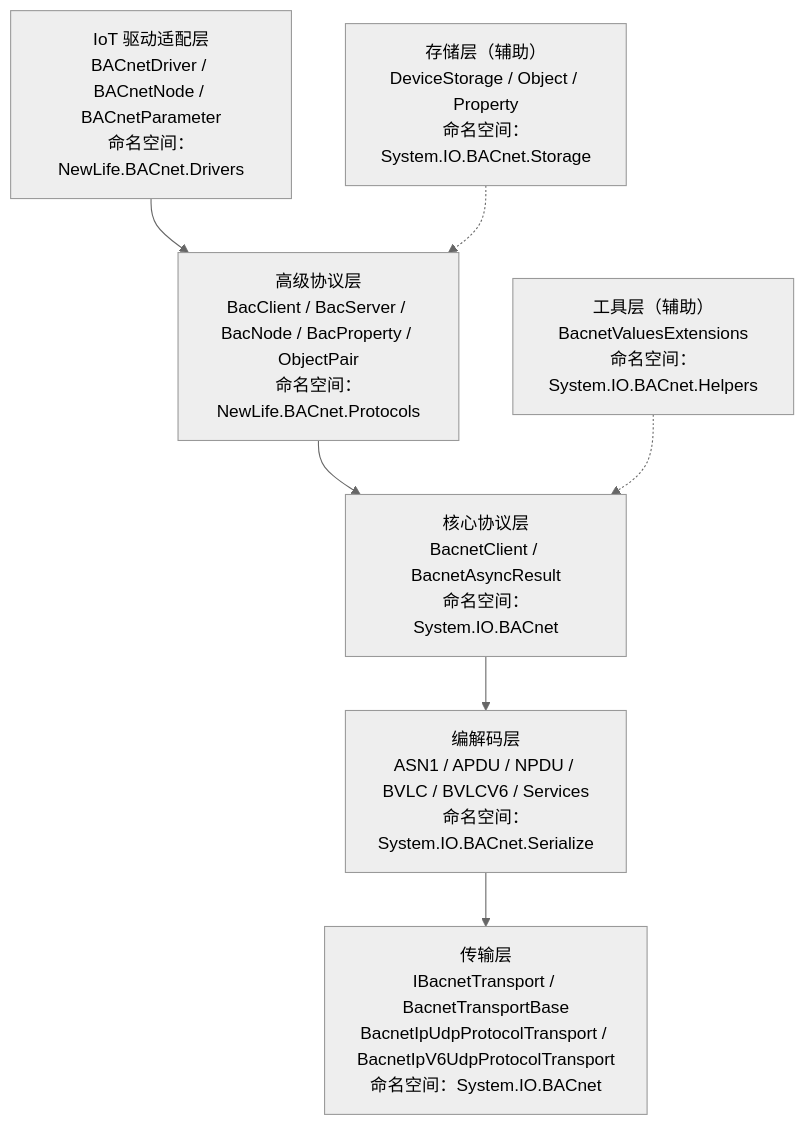
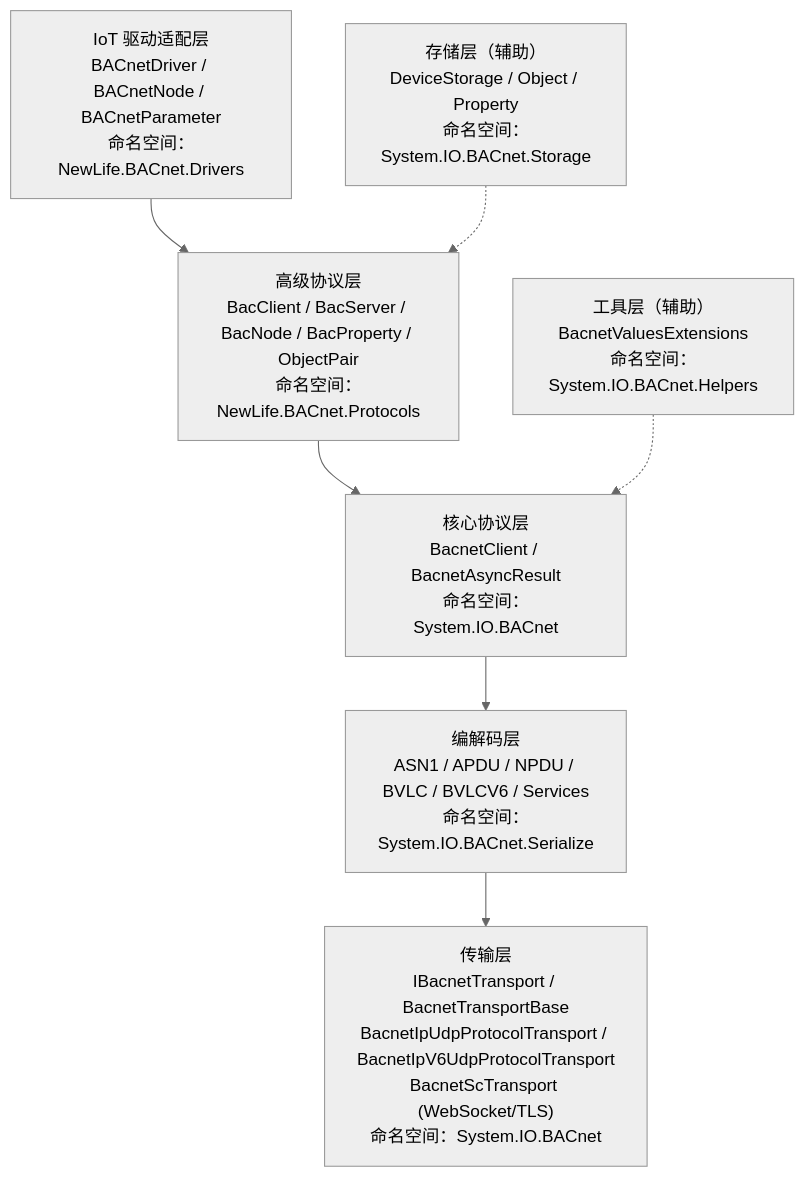
One commit to PeiKeSmart/DH.NBACnet changed the first of 7 diagrams in Doc/架构设计.md. Above: the diagram before and after it, drawn with Mermaid (neutral theme). The commit also changed other lines of this file and 12 other files, not shown here.

````diff
--- a/Doc/架构设计.md
+++ b/Doc/架构设计.md
@@ -14,10 +14,10 @@
 ```mermaid
 flowchart TD
     IoT["IoT 驱动适配层<br/>BACnetDriver / BACnetNode / BACnetParameter<br/>命名空间：NewLife.BACnet.Drivers"] --> Protocol["高级协议层<br/>BacClient / BacServer / BacNode / BacProperty / ObjectPair<br/>命名空间：NewLife.BACnet.Protocols"]
     Protocol --> Core["核心协议层<br/>BacnetClient / BacnetAsyncResult<br/>命名空间：System.IO.BACnet"]
     Core --> Codec["编解码层<br/>ASN1 / APDU / NPDU / BVLC / BVLCV6 / Services<br/>命名空间：System.IO.BACnet.Serialize"]
-    Codec --> Transport["传输层<br/>IBacnetTransport / BacnetTransportBase<br/>BacnetIpUdpProtocolTransport / BacnetIpV6UdpProtocolTransport<br/>命名空间：System.IO.BACnet"]
+    Codec --> Transport["传输层<br/>IBacnetTransport / BacnetTransportBase<br/>BacnetIpUdpProtocolTransport / BacnetIpV6UdpProtocolTransport<br/>BacnetScTransport (WebSocket/TLS)<br/>命名空间：System.IO.BACnet"]
     
     Storage["存储层（辅助）<br/>DeviceStorage / Object / Property<br/>命名空间：System.IO.BACnet.Storage"] -.-> Protocol
     Helpers["工具层（辅助）<br/>BacnetValuesExtensions<br/>命名空间：System.IO.BACnet.Helpers"] -.-> Core
 ```
````
